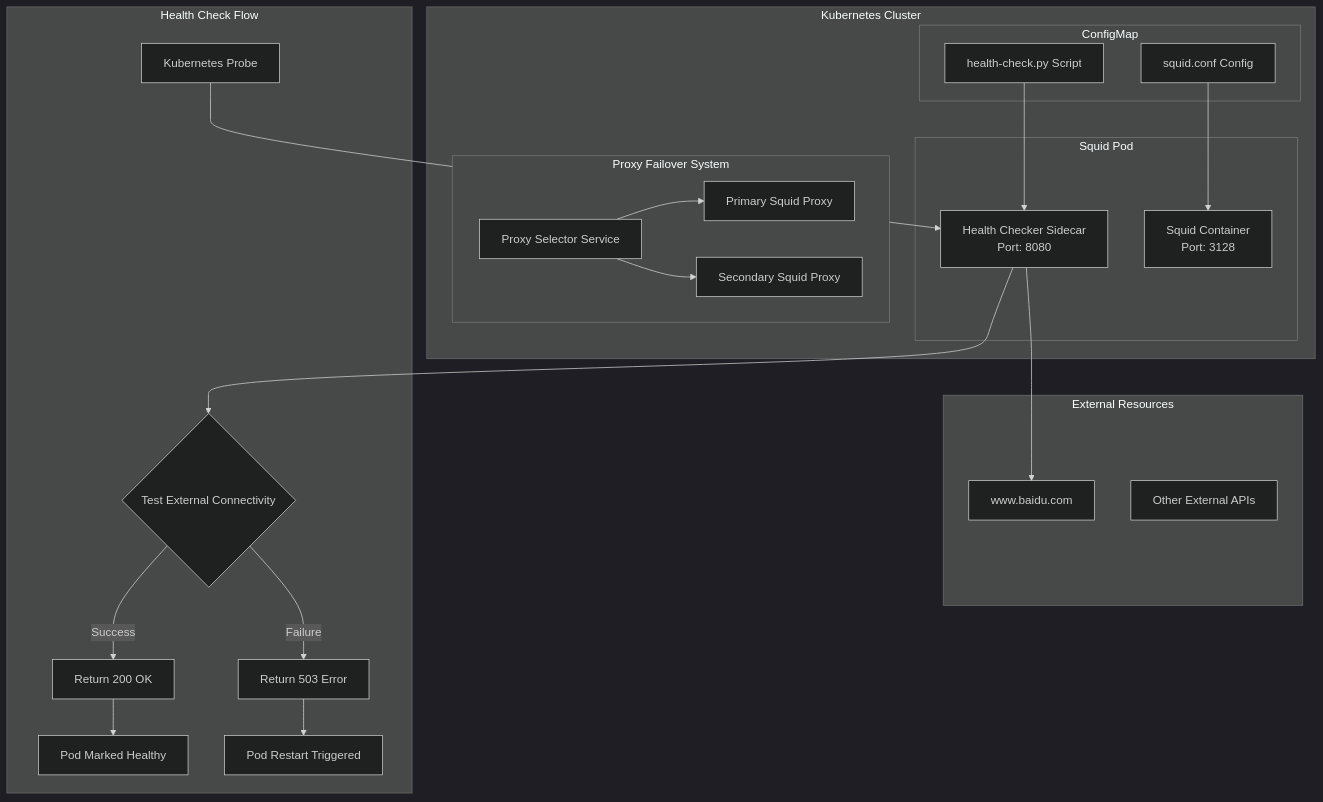
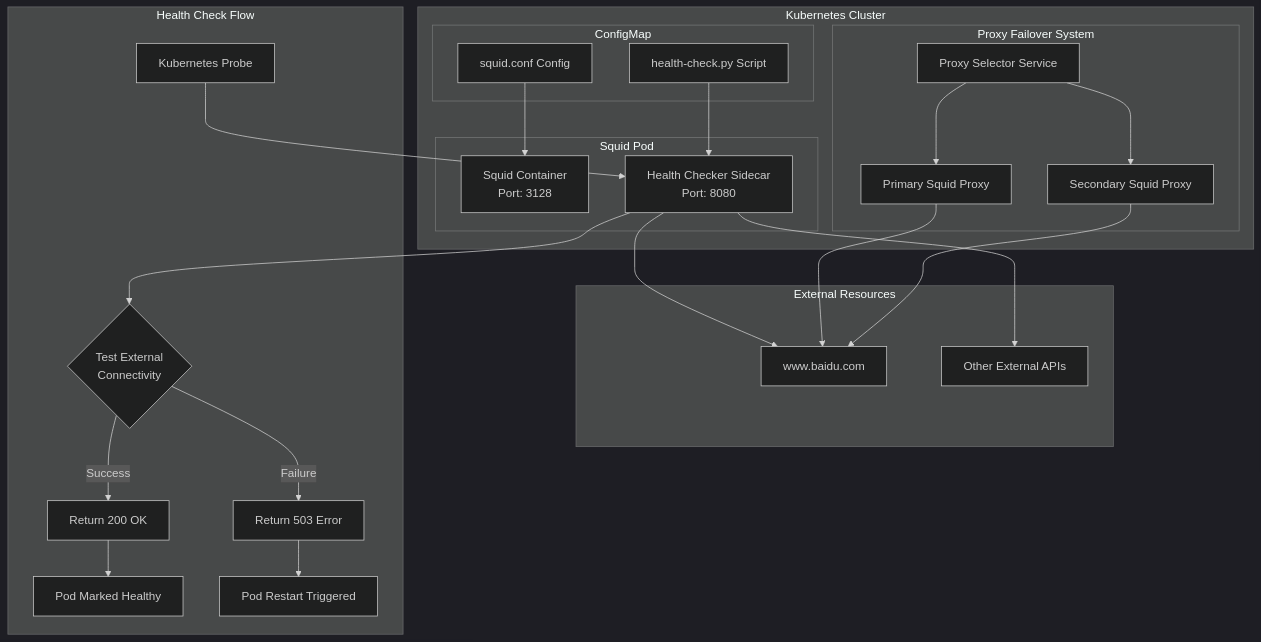
One commit to aibangjuxin/knowledge changed the first of 3 diagrams in k8s/custom-liveness/README.md. Above: the diagram before and after it, drawn with Mermaid (dark theme). The commit also changed other lines of this file, not shown here.

````diff
--- a/k8s/custom-liveness/README.md
+++ b/k8s/custom-liveness/README.md
@@ -27,40 +27,43 @@
 ```mermaid
 graph TB
-    subgraph K8S["Kubernetes Cluster"]
-        subgraph POD["Squid Pod"]
+    subgraph "Kubernetes Cluster"
+        subgraph "Squid Pod"
             A["Squid Container<br/>Port: 3128"]
             B["Health Checker Sidecar<br/>Port: 8080"]
         end
 
-        subgraph CM["ConfigMap"]
+        subgraph "ConfigMap"
             C["health-check.py Script"]
             D["squid.conf Config"]
         end
 
-        subgraph PROXY["Proxy Failover System"]
+        subgraph "Proxy Failover System"
             E["Primary Squid Proxy"]
             F["Secondary Squid Proxy"]
             G["Proxy Selector Service"]
         end
     end
 
-    subgraph EXT["External Resources"]
+    subgraph "External Resources"
         H["www.baidu.com"]
         I["Other External APIs"]
     end
 
-    subgraph HEALTH["Health Check Flow"]
+    subgraph "Health Check Flow"
         J["Kubernetes Probe"] --> B
-        B --> K{"Test External Connectivity"}
+        B --> K{"Test External<br/>Connectivity"}
         K -->|Success| L["Return 200 OK"]
         K -->|Failure| M["Return 503 Error"]
         L --> N["Pod Marked Healthy"]
         M --> O["Pod Restart Triggered"]
     end
 
     C --> B
     D --> A
     B --> H
+    B --> I
     G --> E
     G --> F
+    E --> H
+    F --> H
 ```
````
